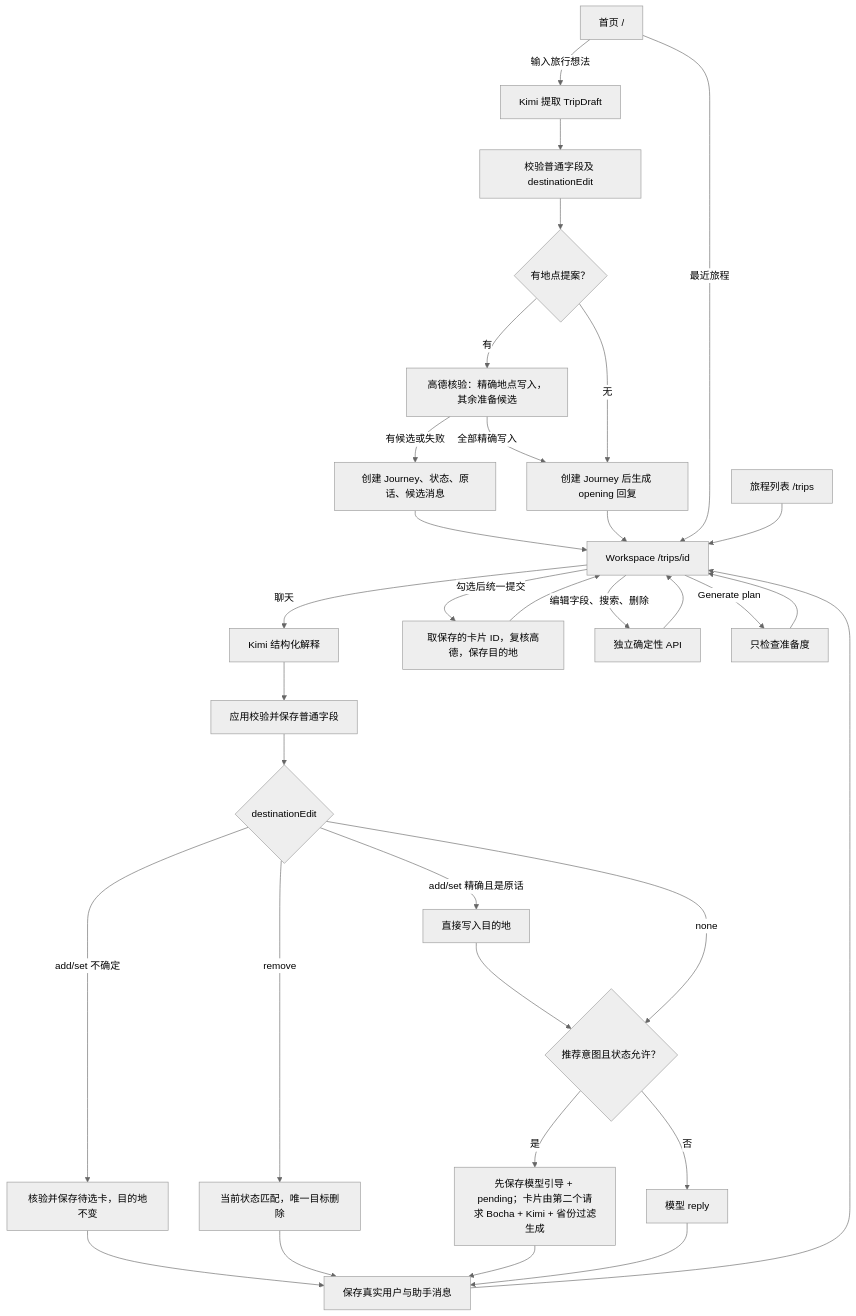
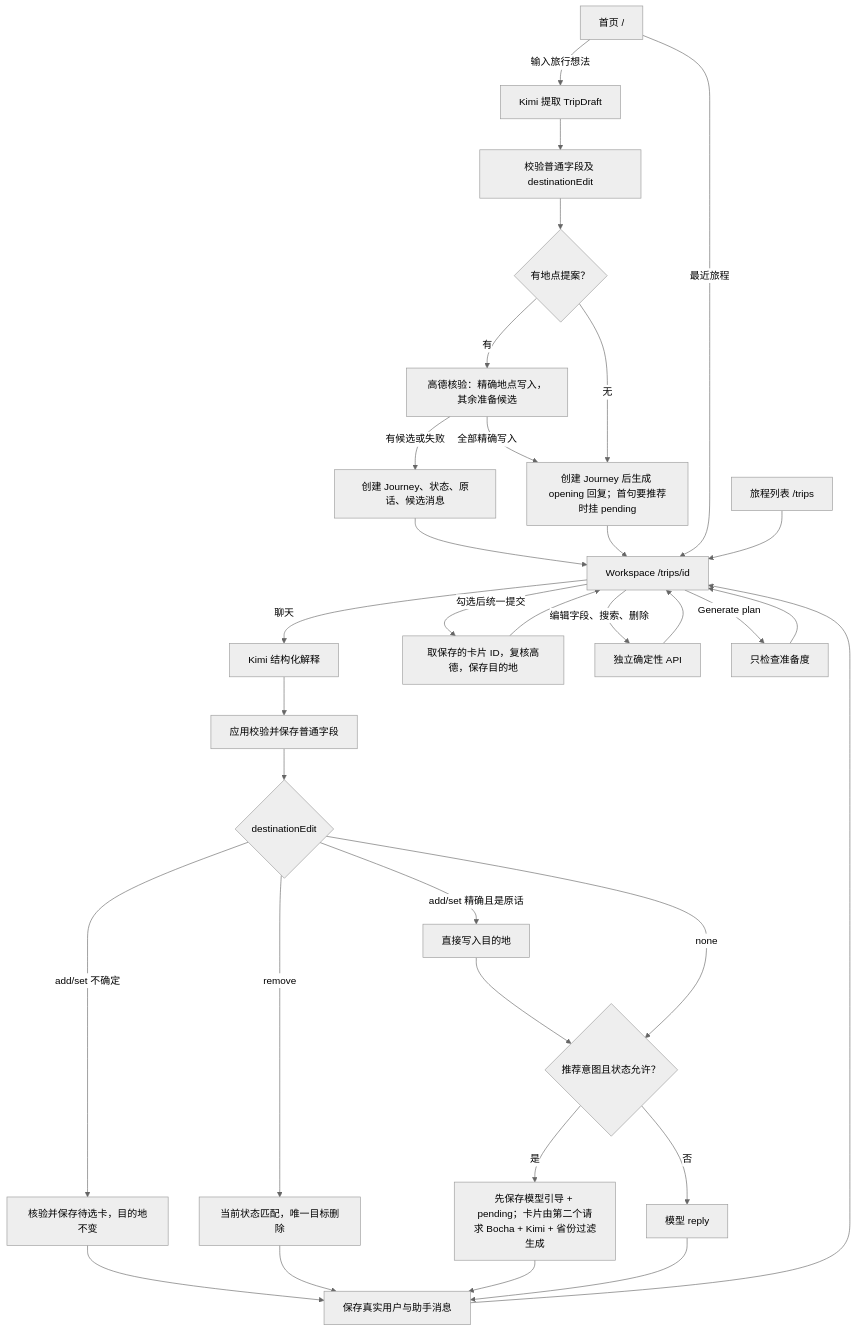
One commit to meiyulin22/Meri-Road-Trip changed the first of 3 diagrams in docs/USER_FLOW_CURRENT.md. Above: the diagram before and after it, drawn with Mermaid (neutral theme). The commit also changed other lines of this file and 25 other files, not shown here.

````diff
--- a/docs/USER_FLOW_CURRENT.md
+++ b/docs/USER_FLOW_CURRENT.md
@@ -7,35 +7,35 @@
 ```mermaid
 flowchart TD
   A[首页 /] -->|输入旅行想法| B[Kimi 提取 TripDraft]
   B --> C[校验普通字段及 destinationEdit]
   C --> D{有地点提案？}
   D -->|有| E[高德核验：精确地点写入，其余准备候选]
   E -->|有候选或失败| G[创建 Journey、状态、原话、候选消息]
   E -->|全部精确写入| F
-  D -->|无| F[创建 Journey 后生成 opening 回复]
+  D -->|无| F[创建 Journey 后生成 opening 回复；首句要推荐时挂 pending]
   G --> W[Workspace /trips/id]
   F --> W
   A -->|最近旅程| W
   L[旅程列表 /trips] --> W
   W -->|聊天| I[Kimi 结构化解释]
   I --> J[应用校验并保存普通字段]
   J --> K{destinationEdit}
   K -->|add/set 精确且是原话| P2[直接写入目的地]
   K -->|add/set 不确定| P[核验并保存待选卡，目的地不变]
   P2 --> N
   K -->|remove| R[当前状态匹配，唯一目标删除]
   K -->|none| N{推荐意图且状态允许？}
   N -->|是| S[先保存模型引导 + pending；卡片由第二个请求 Bocha + Kimi + 省份过滤生成]
   N -->|否| T[模型 reply]
   P --> M[保存真实用户与助手消息]
   R --> M
   S --> M
   T --> M
   M --> W
   W -->|勾选后统一提交| V[取保存的卡片 ID，复核高德，保存目的地]
   W -->|编辑字段、搜索、删除| Q[独立确定性 API]
   W -->|Generate plan| H[只检查准备度]
   V --> W
   Q --> W
   H --> W
 ```
````
